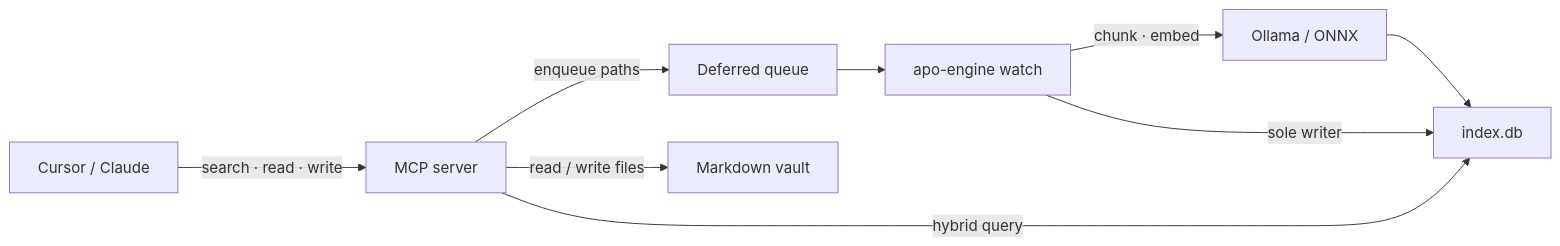
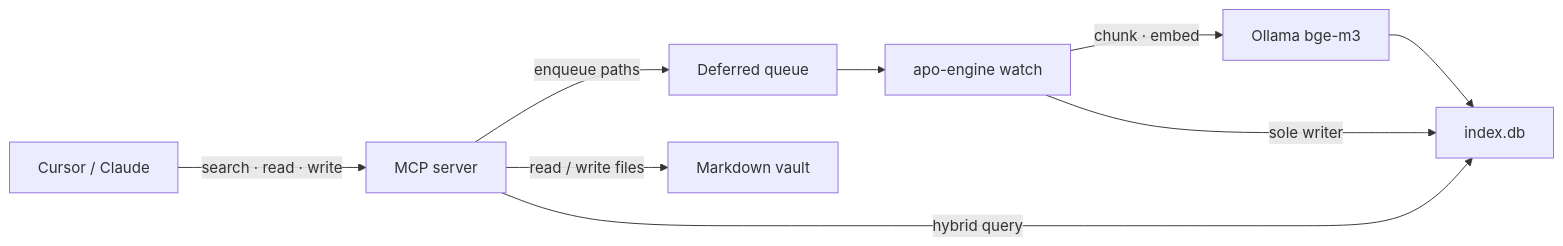
One commit to jenorris/apo changed the first of 2 diagrams in README.md. Above: the diagram before and after it, drawn with Mermaid. The commit also changed other lines of this file and 2 other files, not shown here.

First line of the commit message:
Document OKF filtering and Ollama deps; clarify PARA write gate.

````diff
--- a/README.md
+++ b/README.md
@@ -62,19 +77,19 @@
 ```mermaid
 flowchart LR
   Agent["Cursor / Claude"]
   MCP["MCP server"]
   Queue["Deferred queue"]
   Watch["apo-engine watch"]
   Index["index.db"]
   Vault["Markdown vault"]
-  Embed["Ollama / ONNX"]
+  Embed["Ollama bge-m3"]
 
   Agent -->|"search · read · write"| MCP
   MCP -->|"read / write files"| Vault
   MCP -->|"enqueue paths"| Queue
   Queue --> Watch
   Watch -->|"chunk · embed"| Embed
   Embed --> Index
   Watch -->|"sole writer"| Index
   MCP -->|"hybrid query"| Index
 ```
````
